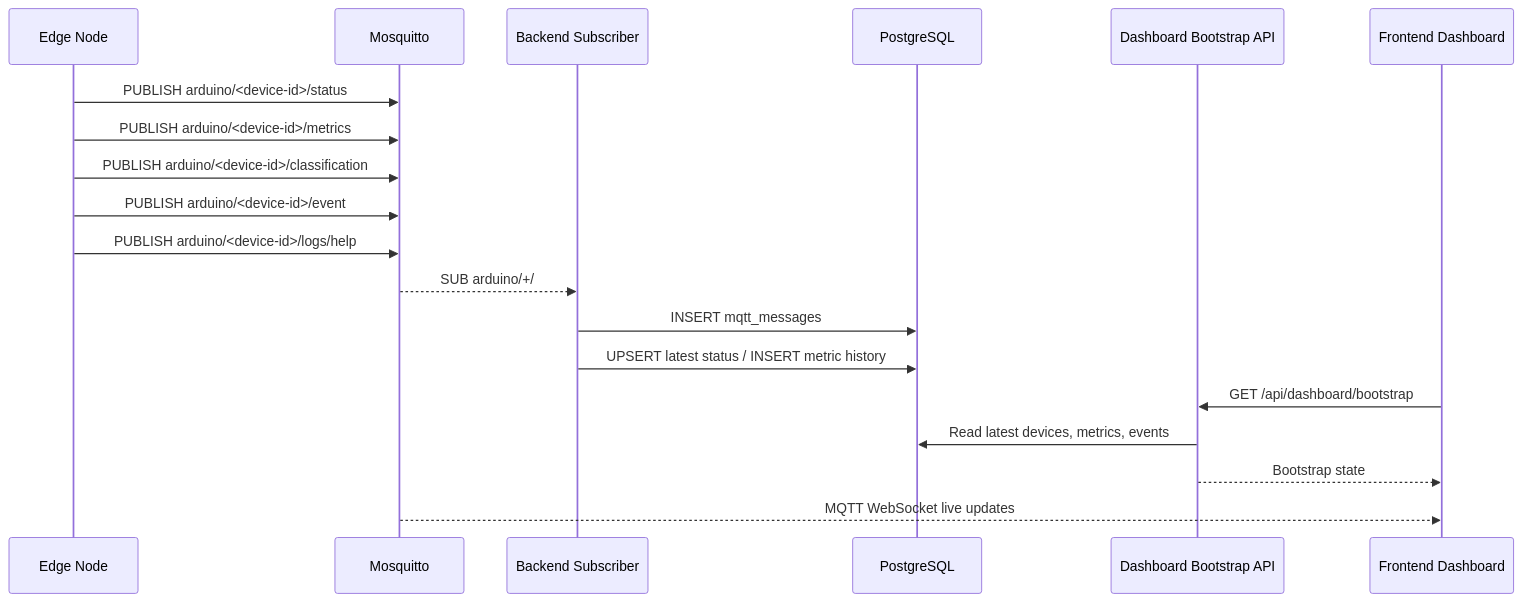
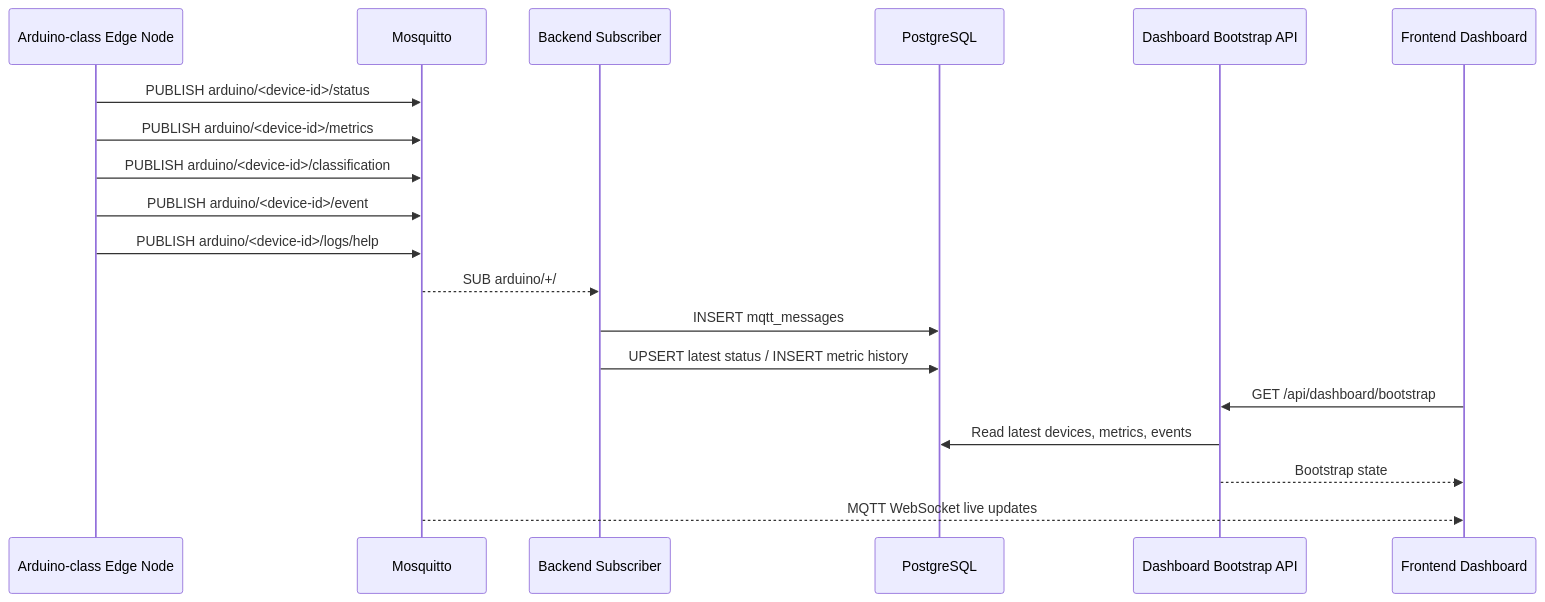
One commit to TrashUQ/TrashUQ changed the second of 6 diagrams in README.md. Above: the diagram before and after it, drawn with Mermaid. The commit also changed other lines of this file and 5 other files, not shown here.

````diff
--- a/README.md
+++ b/README.md
@@ -299,22 +325,22 @@
 ```mermaid
 sequenceDiagram
-  participant Edge as Edge Node
+  participant Edge as Arduino-class Edge Node
   participant Broker as Mosquitto
   participant Backend as Backend Subscriber
   participant DB as PostgreSQL
   participant API as Dashboard Bootstrap API
   participant UI as Frontend Dashboard
 
   Edge->>Broker: PUBLISH arduino/<device-id>/status
   Edge->>Broker: PUBLISH arduino/<device-id>/metrics
   Edge->>Broker: PUBLISH arduino/<device-id>/classification
   Edge->>Broker: PUBLISH arduino/<device-id>/event
   Edge->>Broker: PUBLISH arduino/<device-id>/logs/help
   Broker-->>Backend: SUB arduino/+/#
   Backend->>DB: INSERT mqtt_messages
   Backend->>DB: UPSERT latest status / INSERT metric history
   UI->>API: GET /api/dashboard/bootstrap
   API->>DB: Read latest devices, metrics, events
   API-->>UI: Bootstrap state
   Broker-->>UI: MQTT WebSocket live updates
 ```
````
